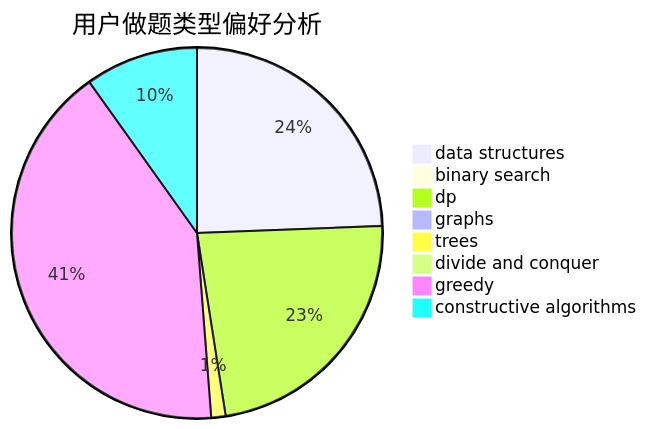
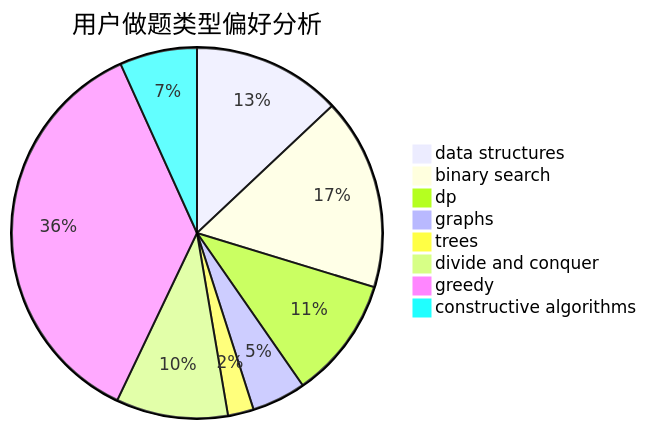
Before and after one commit to sherpahu/cfrs.github.io: the second of 3 diagrams in docs/user/u2669.md, drawn with Mermaid. The commit also changed other lines of this file and 2770 other files, not shown here.

````diff
--- a/docs/user/u2669.md
+++ b/docs/user/u2669.md
@@ -23,11 +23,11 @@
 ```mermaid
 pie title 用户做题类型偏好分析
-    "data structures" :  428
-    "binary search" :  7
-    "dp" :  406
-    "graphs" :  15
-    "trees" :  22
-    "divide and conquer" :  4
-    "greedy" :  726
-    "constructive algorithms" :  173
+    "data structures" :  121
+    "binary search" :  156
+    "dp" :  99
+    "graphs" :  44
+    "trees" :  21
+    "divide and conquer" :  91
+    "greedy" :  337
+    "constructive algorithms" :  63
 ```
````
